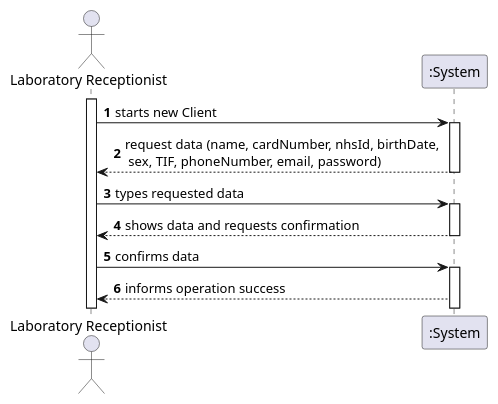
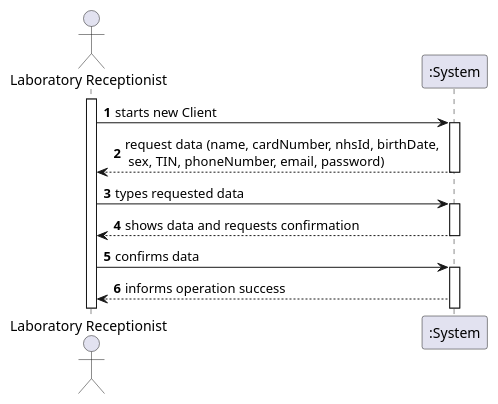
Before and after one commit to MadDinosaur/ISEP-LAPR2: the diagram in docs/SprintB/US3/US3_SSD.puml, drawn with PlantUML. The commit also changed 3 other files, not shown here.

```diff
--- a/docs/SprintB/US3/US3_SSD.puml
+++ b/docs/SprintB/US3/US3_SSD.puml
@@ -1,22 +1,22 @@
 @startuml
 autonumber
 actor "Laboratory Receptionist" as LR
 
 activate LR
 
 LR -> ":System"  : starts new Client
 activate ":System"
-":System" --> LR : request data (name, cardNumber, nhsId, birthDate, \n sex, TIF, phoneNumber, email, password)
+":System" --> LR : request data (name, cardNumber, nhsId, birthDate, \n sex, TIN, phoneNumber, email, password)
 deactivate ":System"
 
 LR -> ":System" : types requested data
 activate ":System"
 ":System" --> LR : shows data and requests confirmation
 deactivate ":System"
 
 LR -> ":System" : confirms data
 activate ":System"
 ":System" --> LR : informs operation success
 
 
 @enduml
```
